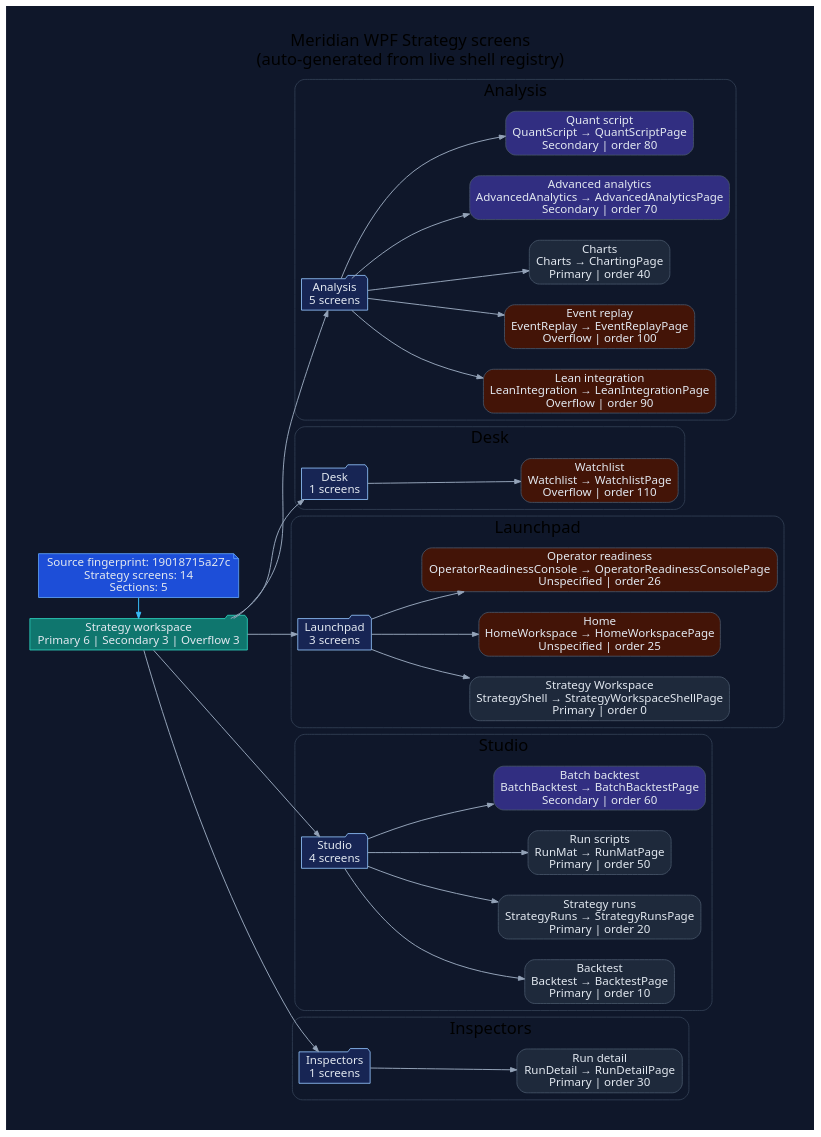
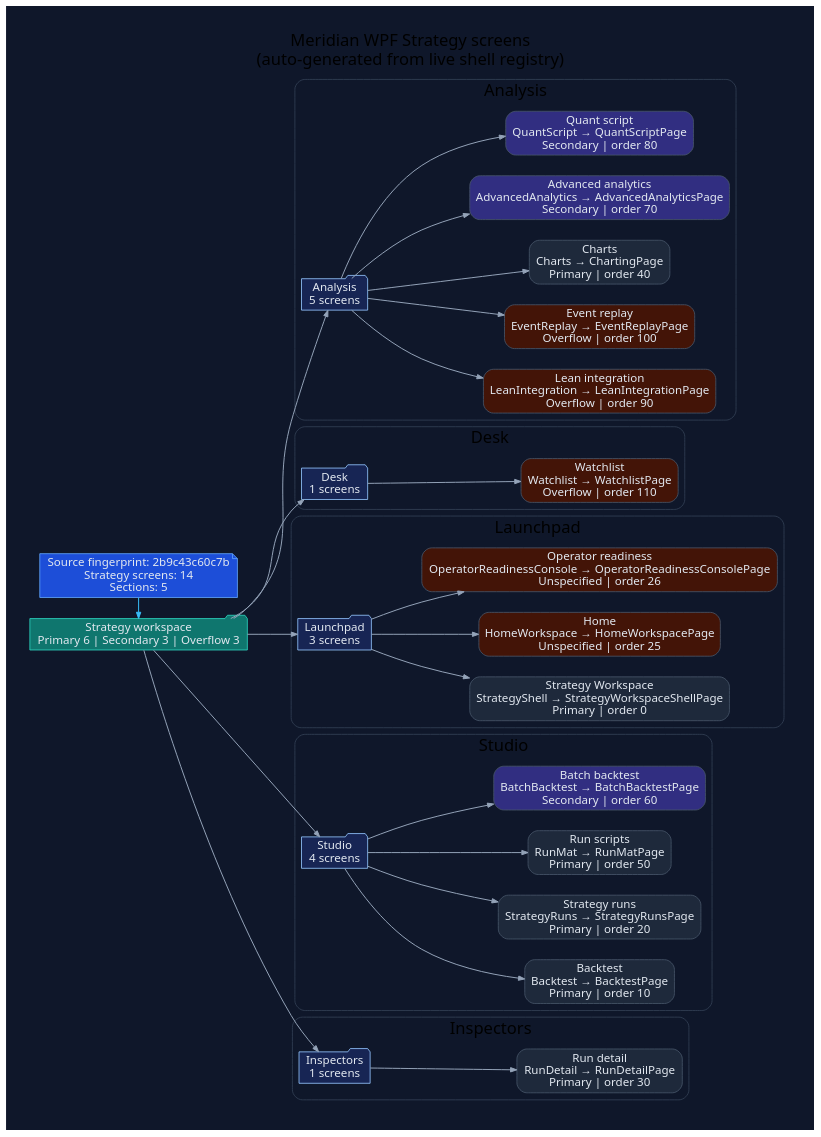
Before and after one commit to rodoHasArrived/Meridian-main: the diagram in docs/diagrams/ui/ui-wpf-screens-strategy.dot, drawn with Graphviz. The commit also changed 45 other files, not shown here.

First line of the commit message:
docs: regenerate diagrams and doc-health after the governance fixes

```diff
--- a/docs/diagrams/ui/ui-wpf-screens-strategy.dot
+++ b/docs/diagrams/ui/ui-wpf-screens-strategy.dot
@@ -1,94 +1,94 @@
 // -----------------------------------------------------------------------------
 // <auto-generated>
 // Generated by scripts/generate-diagrams.mjs.
 // Do not edit this file directly; update the WPF source files instead.
 // -----------------------------------------------------------------------------
 digraph WpfStrategyScreens {
   graph [
     rankdir=LR,
     labelloc=t,
     label="Meridian WPF Strategy screens\n(auto-generated from live shell registry)",
     fontname="Segoe UI",
     fontsize=20,
     pad=0.4,
     nodesep=0.35,
     ranksep=0.85,
     bgcolor="#0f172a"
   ];
   node [fontname="Segoe UI", shape=box, style="rounded,filled", color="#475569", fontcolor="#e2e8f0", fillcolor="#1e293b"];
   edge [fontname="Segoe UI", color="#94a3b8", penwidth=1.2, arrowsize=0.75];
 
-  generated [shape=note, fillcolor="#1d4ed8", color="#60a5fa", label="Source fingerprint: 19018715a27c\nStrategy screens: 14\nSections: 5"];
+  generated [shape=note, fillcolor="#1d4ed8", color="#60a5fa", label="Source fingerprint: 2b9c43c60c7b\nStrategy screens: 14\nSections: 5"];
   workspace [shape=folder, fillcolor="#0f766e", color="#2dd4bf", label="Strategy workspace\nPrimary 6 | Secondary 3 | Overflow 3"];
   generated -> workspace [color="#38bdf8"];
 
   subgraph cluster_section_1 {
     label="Analysis";
     color="#334155";
     style="rounded";
     section_1 [shape=folder, fillcolor="#172554", color="#93c5fd", label="Analysis\n5 screens"];
     workspace -> section_1;
     screen_LeanIntegration [fillcolor="#431407", label="Lean integration\nLeanIntegration → LeanIntegrationPage\nOverflow | order 90"];
     section_1 -> screen_LeanIntegration;
     screen_EventReplay [fillcolor="#431407", label="Event replay\nEventReplay → EventReplayPage\nOverflow | order 100"];
     section_1 -> screen_EventReplay;
     screen_Charts [fillcolor="#1e293b", label="Charts\nCharts → ChartingPage\nPrimary | order 40"];
     section_1 -> screen_Charts;
     screen_AdvancedAnalytics [fillcolor="#312e81", label="Advanced analytics\nAdvancedAnalytics → AdvancedAnalyticsPage\nSecondary | order 70"];
     section_1 -> screen_AdvancedAnalytics;
     screen_QuantScript [fillcolor="#312e81", label="Quant script\nQuantScript → QuantScriptPage\nSecondary | order 80"];
     section_1 -> screen_QuantScript;
   }
 
   subgraph cluster_section_2 {
     label="Desk";
     color="#334155";
     style="rounded";
     section_2 [shape=folder, fillcolor="#172554", color="#93c5fd", label="Desk\n1 screens"];
     workspace -> section_2;
     screen_Watchlist [fillcolor="#431407", label="Watchlist\nWatchlist → WatchlistPage\nOverflow | order 110"];
     section_2 -> screen_Watchlist;
   }
 
   subgraph cluster_section_3 {
     label="Launchpad";
     color="#334155";
     style="rounded";
     section_3 [shape=folder, fillcolor="#172554", color="#93c5fd", label="Launchpad\n3 screens"];
     workspace -> section_3;
     screen_StrategyShell [fillcolor="#1e293b", label="Strategy Workspace\nStrategyShell → StrategyWorkspaceShellPage\nPrimary | order 0"];
     section_3 -> screen_StrategyShell;
     screen_HomeWorkspace [fillcolor="#431407", label="Home\nHomeWorkspace → HomeWorkspacePage\nUnspecified | order 25"];
     section_3 -> screen_HomeWorkspace;
     screen_OperatorReadinessConsole [fillcolor="#431407", label="Operator readiness\nOperatorReadinessConsole → OperatorReadinessConsolePage\nUnspecified | order 26"];
     section_3 -> screen_OperatorReadinessConsole;
   }
 
   subgraph cluster_section_4 {
     label="Studio";
     color="#334155";
     style="rounded";
     section_4 [shape=folder, fillcolor="#172554", color="#93c5fd", label="Studio\n4 screens"];
     workspace -> section_4;
     screen_Backtest [fillcolor="#1e293b", label="Backtest\nBacktest → BacktestPage\nPrimary | order 10"];
     section_4 -> screen_Backtest;
     screen_StrategyRuns [fillcolor="#1e293b", label="Strategy runs\nStrategyRuns → StrategyRunsPage\nPrimary | order 20"];
     section_4 -> screen_StrategyRuns;
     screen_RunMat [fillcolor="#1e293b", label="Run scripts\nRunMat → RunMatPage\nPrimary | order 50"];
     section_4 -> screen_RunMat;
     screen_BatchBacktest [fillcolor="#312e81", label="Batch backtest\nBatchBacktest → BatchBacktestPage\nSecondary | order 60"];
     section_4 -> screen_BatchBacktest;
   }
 
   subgraph cluster_section_5 {
     label="Inspectors";
     color="#334155";
     style="rounded";
     section_5 [shape=folder, fillcolor="#172554", color="#93c5fd", label="Inspectors\n1 screens"];
     workspace -> section_5;
     screen_RunDetail [fillcolor="#1e293b", label="Run detail\nRunDetail → RunDetailPage\nPrimary | order 30"];
     section_5 -> screen_RunDetail;
   }
 
   { rank=min; generated; workspace; }
 }
```
